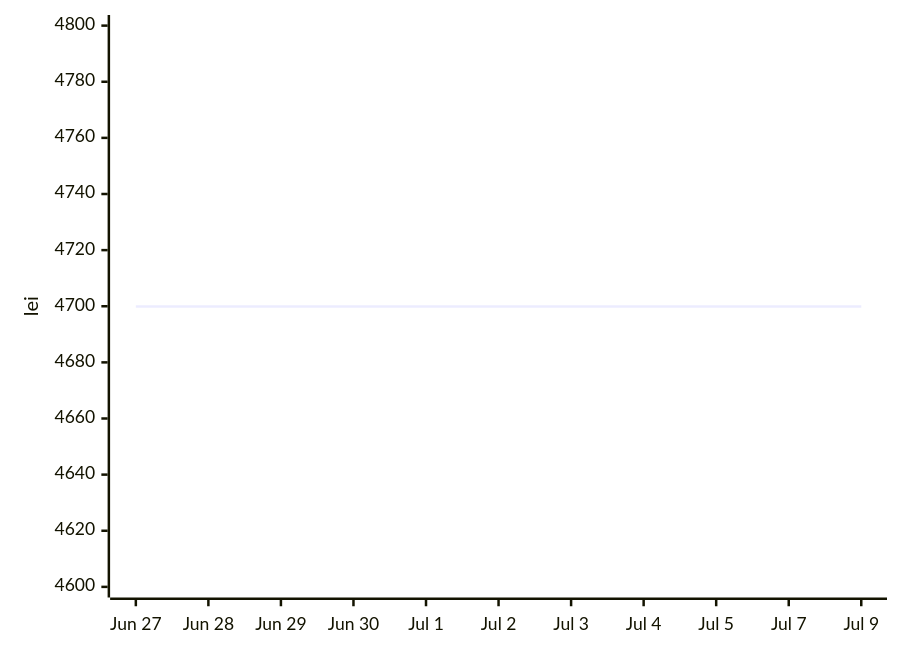
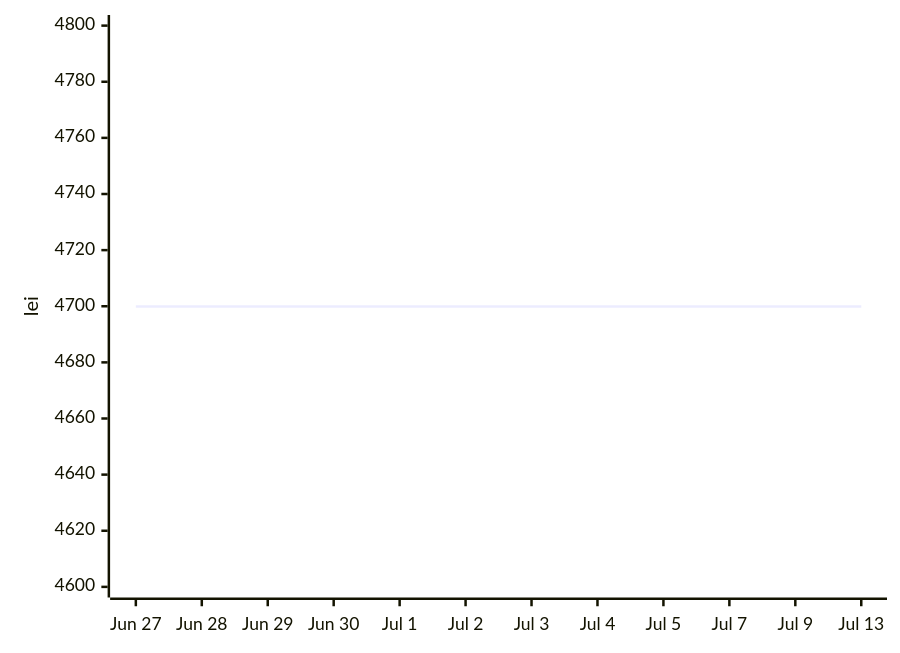
Before and after one commit to anagheioan/laptop-price-monitor: the first of 2 diagrams in README.md, drawn with Mermaid. The commit also changed other lines of this file and 1 other file, not shown here.

Commit message:
Price check 2026-07-13

````diff
--- a/README.md
+++ b/README.md
@@ -21,6 +21,6 @@
 ```mermaid
 xychart-beta
-    x-axis ["Jun 27", "Jun 28", "Jun 29", "Jun 30", "Jul 1", "Jul 2", "Jul 3", "Jul 4", "Jul 5", "Jul 7", "Jul 9"]
+    x-axis ["Jun 27", "Jun 28", "Jun 29", "Jun 30", "Jul 1", "Jul 2", "Jul 3", "Jul 4", "Jul 5", "Jul 7", "Jul 9", "Jul 13"]
     y-axis "lei" 4600 --> 4800
-    line [4699.9, 4699.9, 4699.9, 4699.9, 4699.9, 4699.9, 4699.9, 4699.9, 4699.9, 4699.9, 4699.9]
+    line [4699.9, 4699.9, 4699.9, 4699.9, 4699.9, 4699.9, 4699.9, 4699.9, 4699.9, 4699.9, 4699.9, 4699.9]
 ```
````
